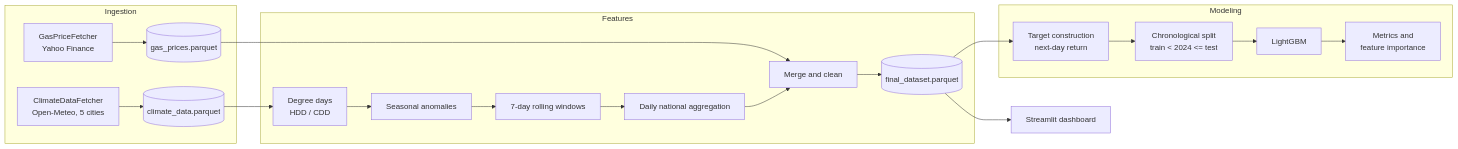
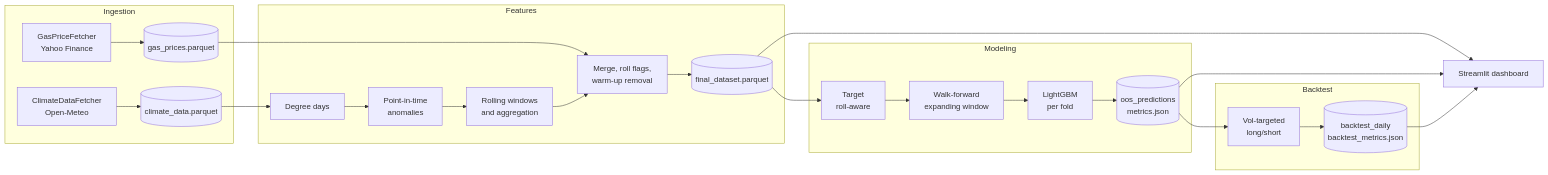
One commit to AntonioOYM/Natural-Gas-Price-Prediction-Weather-Driven-ML-Pipeline-Henry-Hub- changed the diagram in README.md. Above: the diagram before and after it, drawn with Mermaid. The commit also changed other lines of this file and 11 other files, not shown here.

````diff
--- a/README.md
+++ b/README.md
@@ -85,26 +112,32 @@
 ```mermaid
 flowchart LR
     subgraph Ingestion
         A[GasPriceFetcher<br/>Yahoo Finance] --> P1[(gas_prices.parquet)]
-        B[ClimateDataFetcher<br/>Open-Meteo, 5 cities] --> P2[(climate_data.parquet)]
+        B[ClimateDataFetcher<br/>Open-Meteo] --> P2[(climate_data.parquet)]
     end
 
     subgraph Features
-        P2 --> C[Degree days<br/>HDD / CDD]
-        C --> D[Seasonal anomalies]
-        D --> E[7-day rolling windows]
-        E --> F[Daily national aggregation]
-        P1 --> G[Merge and clean]
-        F --> G
+        P2 --> C[Degree days]
+        C --> D[Point-in-time<br/>anomalies]
+        D --> E[Rolling windows<br/>and aggregation]
+        P1 --> G[Merge, roll flags,<br/>warm-up removal]
+        E --> G
         G --> P3[(final_dataset.parquet)]
     end
 
     subgraph Modeling
-        P3 --> H[Target construction<br/>next-day return]
-        H --> I[Chronological split<br/>train < 2024 <= test]
-        I --> J[LightGBM]
-        J --> K[Metrics and<br/>feature importance]
+        P3 --> H[Target<br/>roll-aware]
+        H --> I[Walk-forward<br/>expanding window]
+        I --> J[LightGBM<br/>per fold]
+        J --> K[(oos_predictions<br/>metrics.json)]
     end
 
-    P3 --> L[Streamlit dashboard]
+    subgraph Backtest
+        K --> L[Vol-targeted<br/>long/short]
+        L --> M[(backtest_daily<br/>backtest_metrics.json)]
+    end
+
+    P3 --> N[Streamlit dashboard]
+    K --> N
+    M --> N
 ```
````
